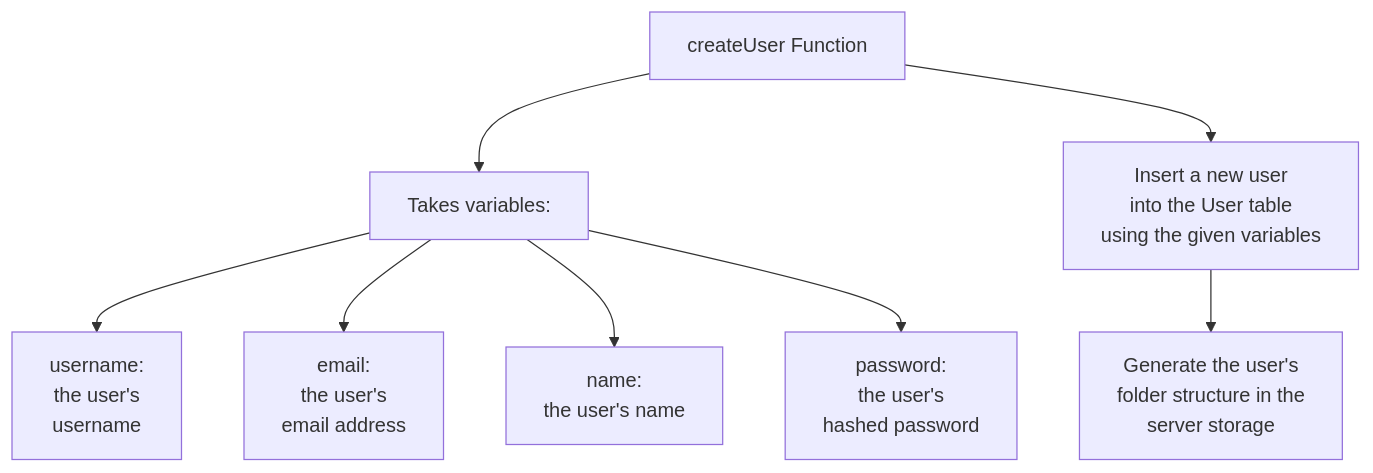
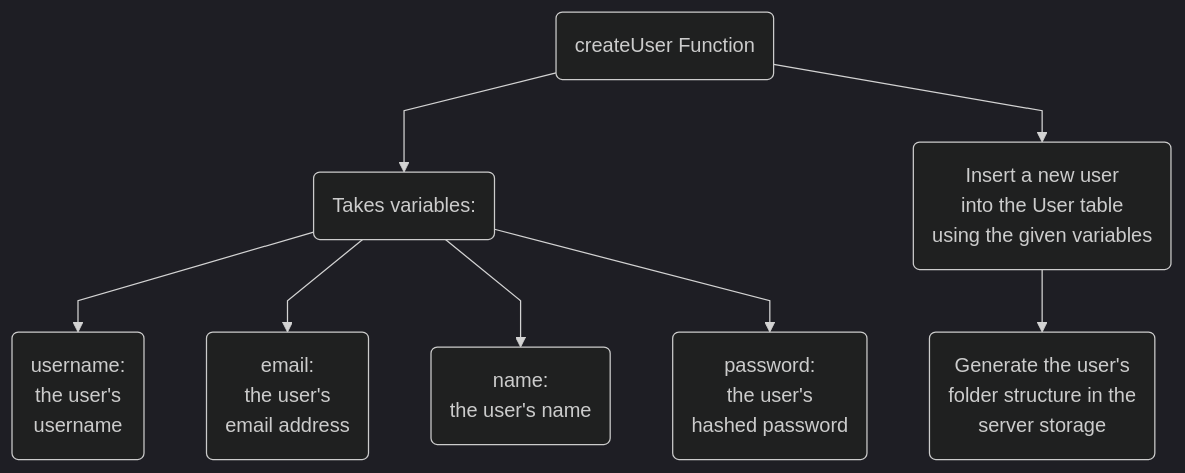
Before and after one commit to tomgxz/Kraken: diagram 14 of 14 in README.md, drawn with Mermaid. The commit also changed other lines of this file, not shown here.

Commit message:
Mermaid Formatting

````diff
--- a/README.md
+++ b/README.md
@@ -588,10 +549,7 @@
 ```mermaid
+%%{init: {'theme':'dark', 'flowchart': {'curve': 'linear'},'themeVariables':{'fontFamily':'Lexend,Noto Sans,Helvetica,Arial'}}}%%
+
 graph TD
-  A[createUser Function] --> B["Takes variables:"]
-  B --> a["username:\n the user's\n username"]
-  B --> b["email:\n the user's\n email address"]
-  B --> c["name:\n the user's name"]
-  B --> d["password:\n the user's\n hashed password"]
-  A --> C["Insert a new user\n into the User table\n using the given variables"]
-  C --> D["Generate the user's\n folder structure in the\n server storage"]
+  A(createUser Function) --> B("Takes variables:") --> a("username:\n the user's\n username") & b("email:\n the user's\n email address") & c("name:\n the user's name") & d("password:\n the user's\n hashed password")
+  A --> C("Insert a new user\n into the User table\n using the given variables") --> D("Generate the user's\n folder structure in the\n server storage")
 ```
````
